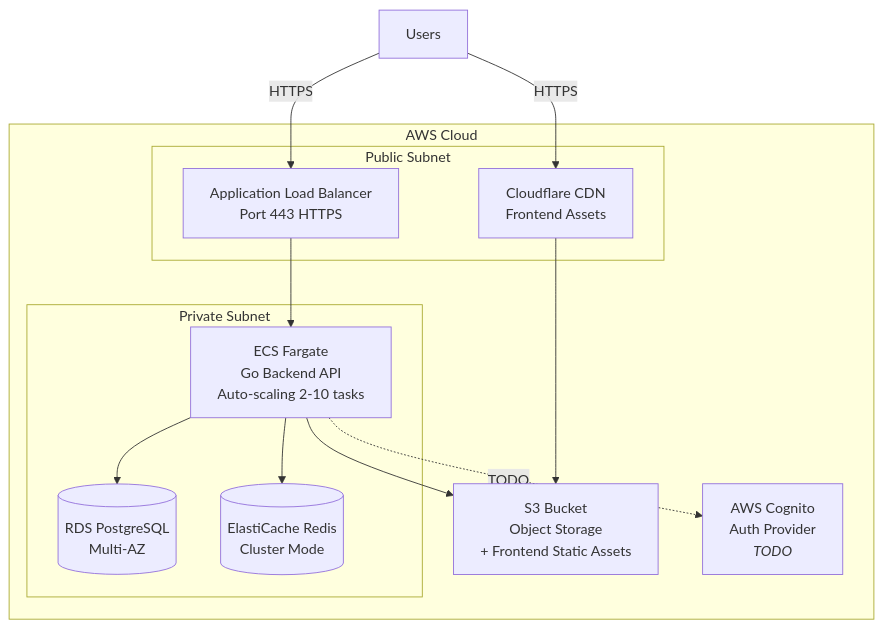
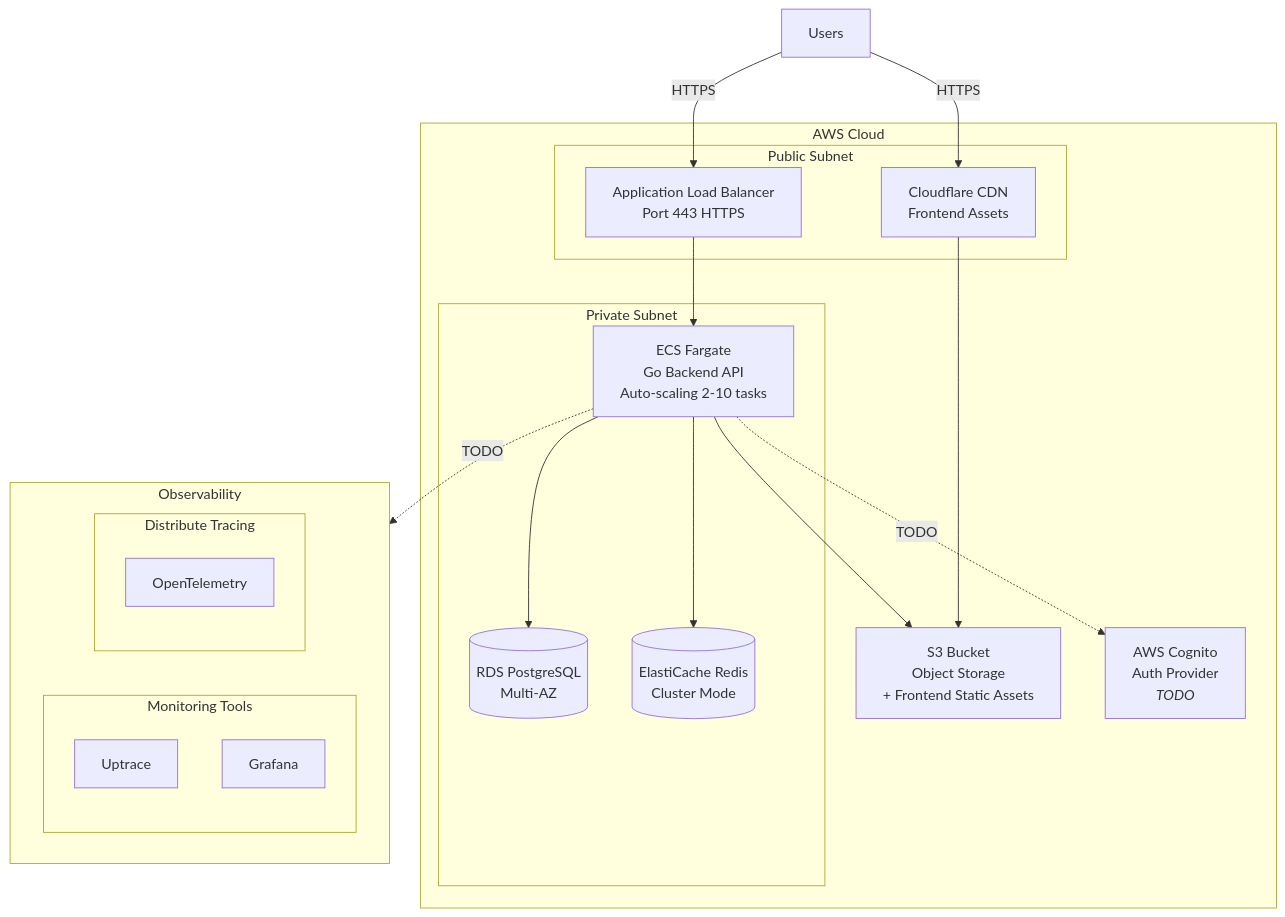
One commit to fajarAnd/bm-project-scaffolding changed the sixth of 7 diagrams in docs/Architecture.md. Above: the diagram before and after it, drawn with Mermaid. The commit also changed other lines of this file and 26 other files, not shown here.

Commit message:
feat:setup and test IAC using terraform, documenting process, and architecture

````diff
--- a/docs/Architecture.md
+++ b/docs/Architecture.md
@@ -268,31 +268,43 @@
 ```mermaid
 
 graph TB
     subgraph "AWS Cloud"
         subgraph "Public Subnet"
             ALB[Application Load Balancer<br/>Port 443 HTTPS]
             CF[Cloudflare CDN<br/>Frontend Assets]
         end
 
         subgraph "Private Subnet"
             ECS[ECS Fargate<br/>Go Backend API<br/>Auto-scaling 2-10 tasks]
             RDS[(RDS PostgreSQL<br/>Multi-AZ)]
             EC[(ElastiCache Redis<br/>Cluster Mode)]
         end
 
         S3[S3 Bucket<br/>Object Storage<br/>+ Frontend Static Assets]
 
         Cognito[AWS Cognito<br/>Auth Provider<br/><i>TODO</i>]
     end
+    
+    subgraph Obs[Observability]
+        subgraph "Monitoring Tools" 
+            Uptrace
+            Grafana
+        end
+        subgraph "Distribute Tracing" 
+            otel[OpenTelemetry]
+        end
+        
+    end
 
     User[Users]
 
     User -->|HTTPS| CF
     User -->|HTTPS| ALB
     CF --> S3
     ALB --> ECS
     ECS --> RDS
     ECS --> EC
     ECS --> S3
     ECS -.->|TODO| Cognito
+    ECS -.->|TODO| Obs
 ```
````
